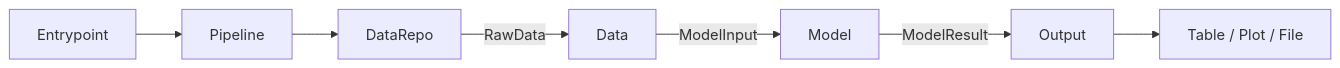
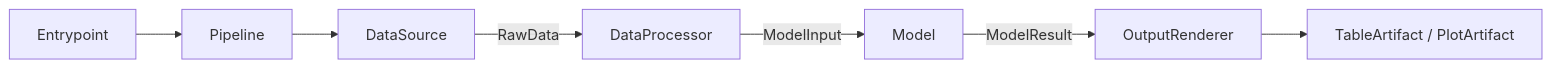
One commit to jooyeongkang/model-architecture changed the diagram in README.md. Above: the diagram before and after it, drawn with Mermaid. The commit also changed other lines of this file and 31 other files, not shown here.

````diff
--- a/README.md
+++ b/README.md
@@ -9,9 +9,9 @@
 ```mermaid
 flowchart LR
     E[Entrypoint] --> P[Pipeline]
-    P --> R[DataRepo]
-    R -->|RawData| D[Data]
+    P --> S[DataSource]
+    S -->|RawData| D[DataProcessor]
     D -->|ModelInput| M[Model]
-    M -->|ModelResult| O[Output]
-    O --> A[Table / Plot / File]
+    M -->|ModelResult| R[OutputRenderer]
+    R --> A[TableArtifact / PlotArtifact]
 ```
````
